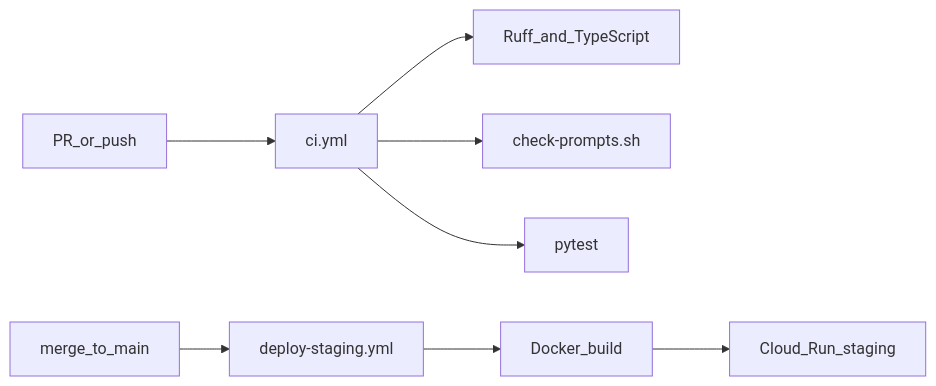
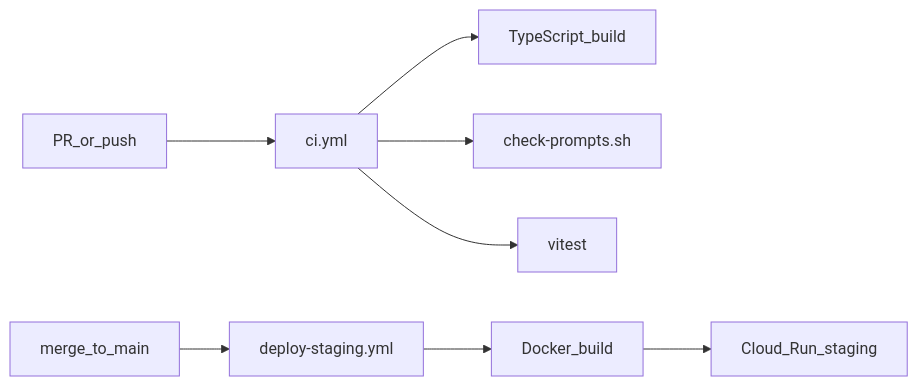
One commit to satoshi-maemoto/nakanaori-agent changed the diagram in docs/devops.md. Above: the diagram before and after it, drawn with Mermaid. The commit also changed other lines of this file and 72 other files, not shown here.

First line of the commit message:
Migrate agent and API stack to TypeScript with ADK and Hono.

````diff
--- a/docs/devops.md
+++ b/docs/devops.md
@@ -7,10 +7,10 @@
 ```mermaid
 flowchart LR
     PR[PR_or_push] --> CI[ci.yml]
-    CI --> Lint[Ruff_and_TypeScript]
+    CI --> Lint[TypeScript_build]
     CI --> PromptCheck[check-prompts.sh]
-    CI --> Test[pytest]
+    CI --> Test[vitest]
     merge[merge_to_main] --> Deploy[deploy-staging.yml]
     Deploy --> Build[Docker_build]
     Build --> CloudRun[Cloud_Run_staging]
 ```
````
